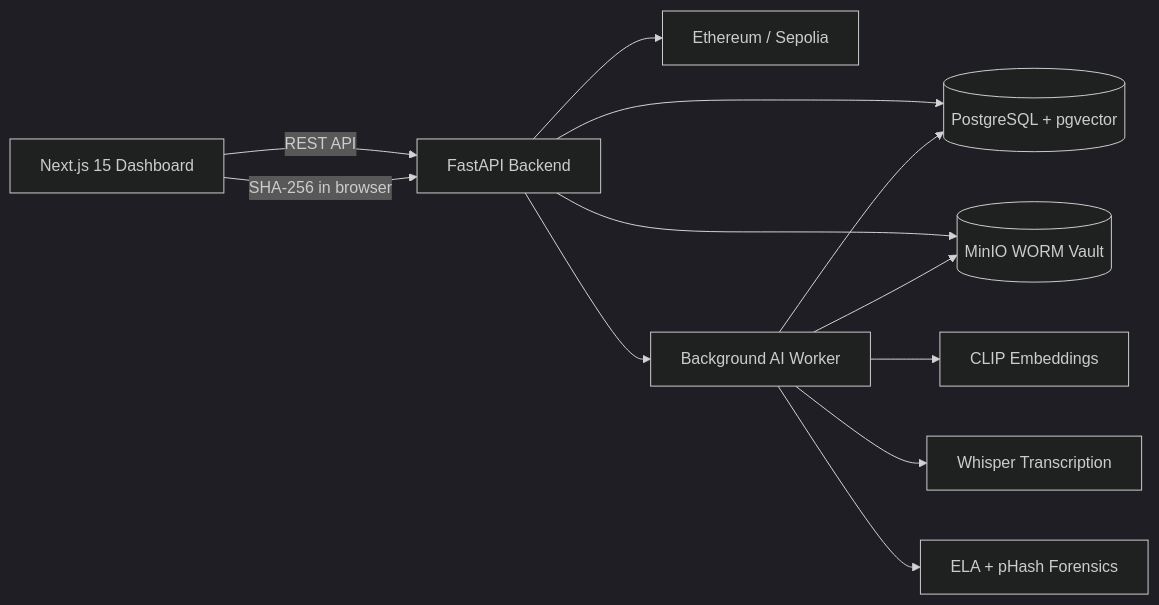
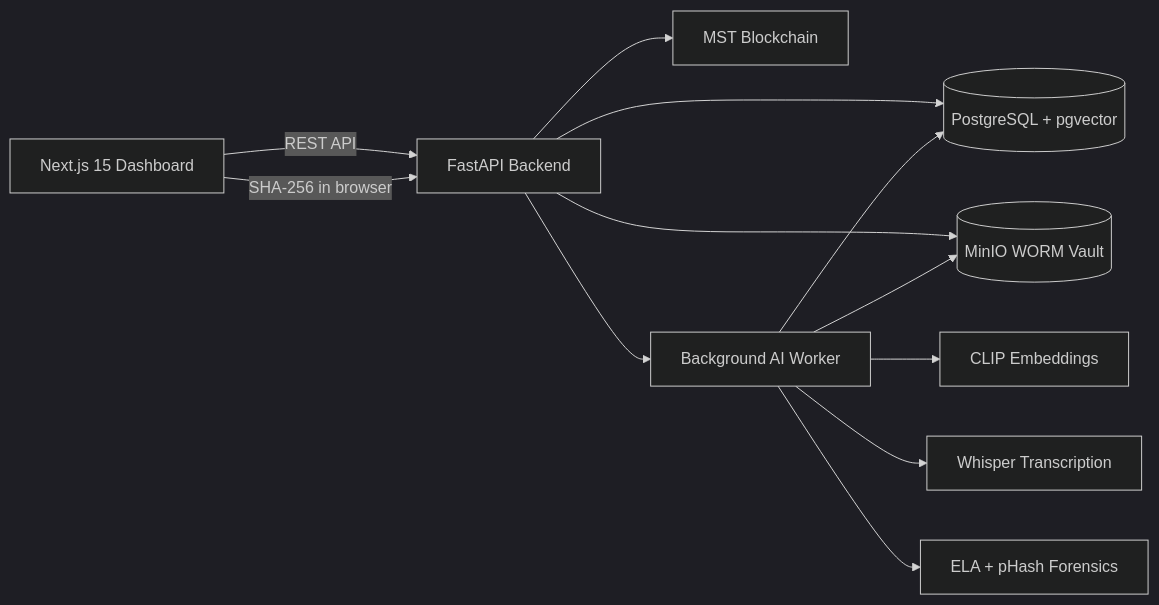
The diagram in PROJECT_DOCUMENTATION.md (dPurvesh/LexV_Buildathon2.0), drawn with Mermaid (dark theme) before and after one commit. The commit also changed other lines of this file and 37 other files, not shown here.

Commit message:
feat: LexVault v2.5 - MST Blockchain integration, multi-modal forensics, and Section 65B court dossiers

````diff
--- a/PROJECT_DOCUMENTATION.md
+++ b/PROJECT_DOCUMENTATION.md
@@ -30,14 +30,14 @@
 ```mermaid
 flowchart LR
     Browser[Next.js 15 Dashboard] -->|REST API| API[FastAPI Backend]
     Browser -->|SHA-256 in browser| API
     API --> DB[(PostgreSQL + pgvector)]
     API --> Vault[(MinIO WORM Vault)]
-    API --> Chain[Ethereum / Sepolia]
+    API --> Chain[MST Blockchain]
     API --> Worker[Background AI Worker]
     Worker --> Vault
     Worker --> DB
     Worker --> CLIP[CLIP Embeddings]
     Worker --> Whisper[Whisper Transcription]
     Worker --> ELA[ELA + pHash Forensics]
 ```
````
